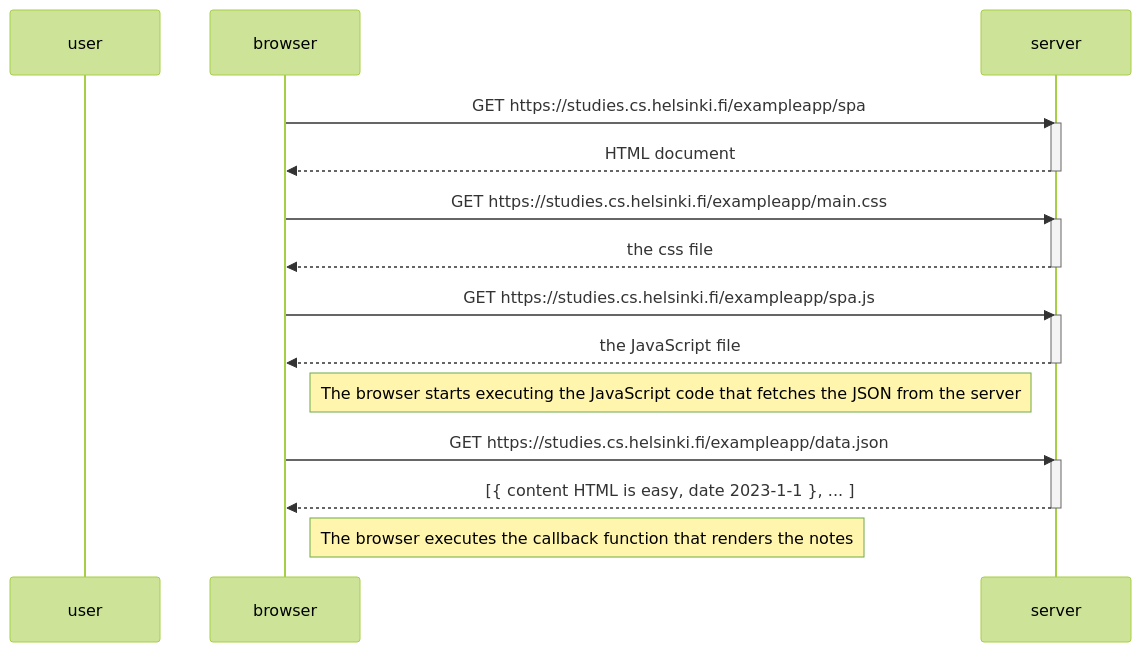
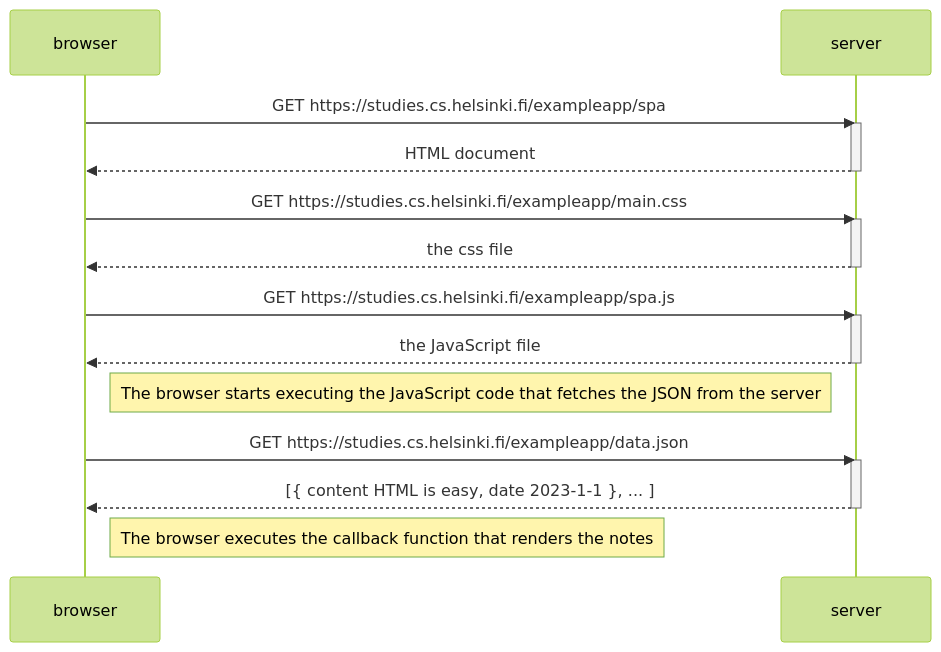
One commit to FullanaJ/OpenFullStack changed the diagram in Part0/0.5/diagram.md. Above: the diagram before and after it, drawn with Mermaid (forest theme).

````diff
--- a/Part0/0.5/diagram.md
+++ b/Part0/0.5/diagram.md
@@ -1,30 +1,29 @@
 ```mermaid
 sequenceDiagram
-    participant user
     participant browser
     participant server
    
     browser->>server: GET      https://studies.cs.helsinki.fi/exampleapp/spa
     activate server
     server-->>browser: HTML document
     deactivate server
 
     browser->>server: GET  https://studies.cs.helsinki.fi/exampleapp/main.css
     activate server
     server-->>browser: the css file
     deactivate server
 
     browser->>server: GET  https://studies.cs.helsinki.fi/exampleapp/spa.js
     activate server
     server-->>browser: the JavaScript file
     deactivate server
 
     Note right of browser: The browser starts executing the JavaScript code that fetches the JSON from the server
 
     browser->>server: GET  https://studies.cs.helsinki.fi/exampleapp/data.json
     activate server
     server-->>browser: [{ content HTML is easy, date 2023-1-1 }, ... ]
     deactivate server
 
     Note right of browser: The browser executes the callback function that renders the notes
 ```
````
